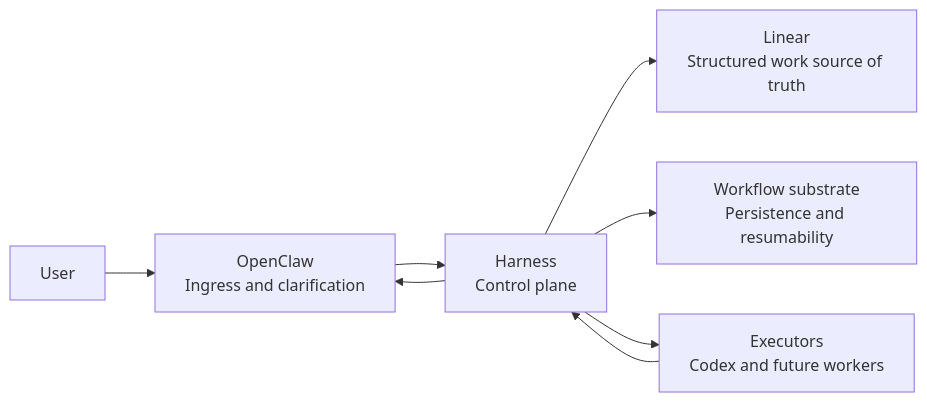
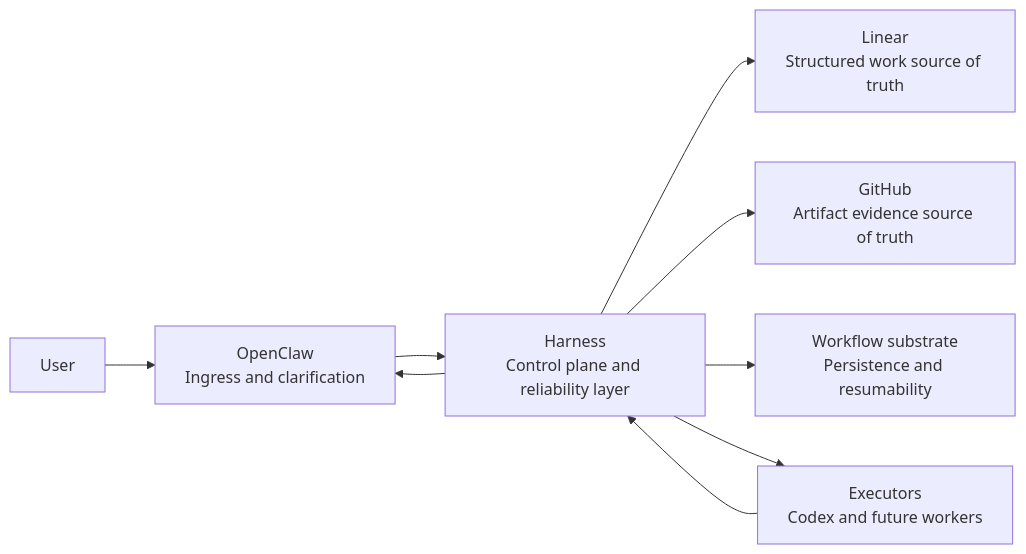
Before and after one commit to sfayka/Harness: the diagram in docs/architecture/system-context.mmd, drawn with Mermaid. The commit also changed 10 other files, not shown here.

Commit message:
Reposition Harness around reliability guarantees

```diff
--- a/docs/architecture/system-context.mmd
+++ b/docs/architecture/system-context.mmd
@@ -1,8 +1,9 @@
 flowchart LR
     U["User"] --> O["OpenClaw\nIngress and clarification"]
-    O --> H["Harness\nControl plane"]
+    O --> H["Harness\nControl plane and reliability layer"]
     H --> L["Linear\nStructured work source of truth"]
+    H --> G["GitHub\nArtifact evidence source of truth"]
     H --> S["Workflow substrate\nPersistence and resumability"]
     H --> E["Executors\nCodex and future workers"]
     E --> H
     H --> O
```
